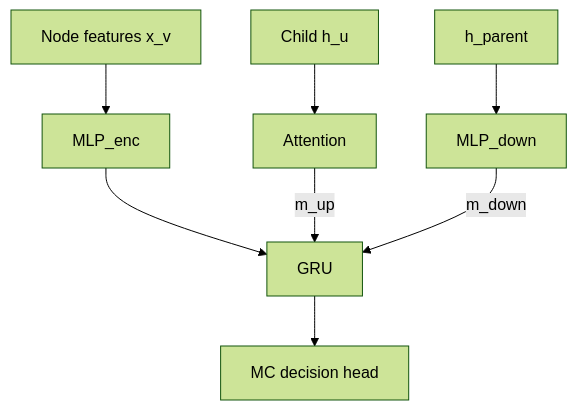
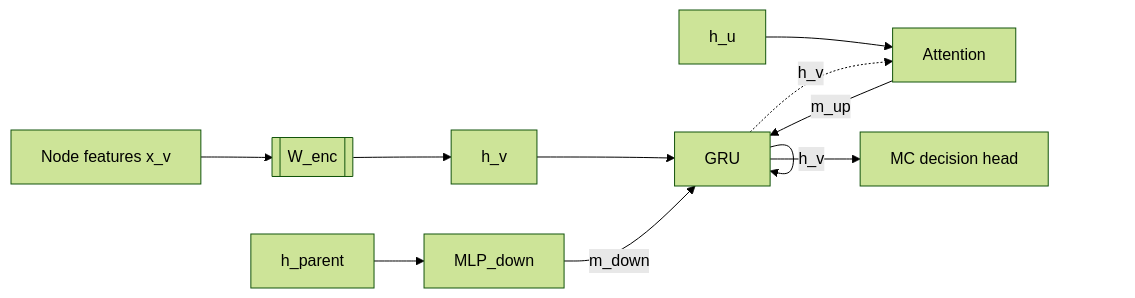
The diagram in project.md (WeiJiMaLab/chess_analysis), drawn with Mermaid (forest theme) before and after one commit. The commit also changed other lines of this file, not shown here.

````diff
--- a/project.md
+++ b/project.md
@@ -11,10 +11,13 @@
 ```mermaid
-flowchart TD
-    Xv["Node features x_v"] --> Enc["MLP_enc"]
-    Enc --> GRU["GRU"]
-    Hu["Child h_u"] --> Attn["Attention"]
+flowchart LR
+    Xv["Node features x_v"] --> Wenc[[W_enc]]
+    Wenc --> Hv["h_v"]
+    Hv --> GRU["GRU"]
+    Hu["h_u"] --> Attn["Attention"]
+    GRU -.->|"h_v"| Attn
     Attn -->|"m_up"| GRU
     Hpar["h_parent"] --> Mdown["MLP_down"]
     Mdown -->|"m_down"| GRU
+    GRU -->|"h_v"| GRU
     GRU --> Head["MC decision head"]
 ```
````
